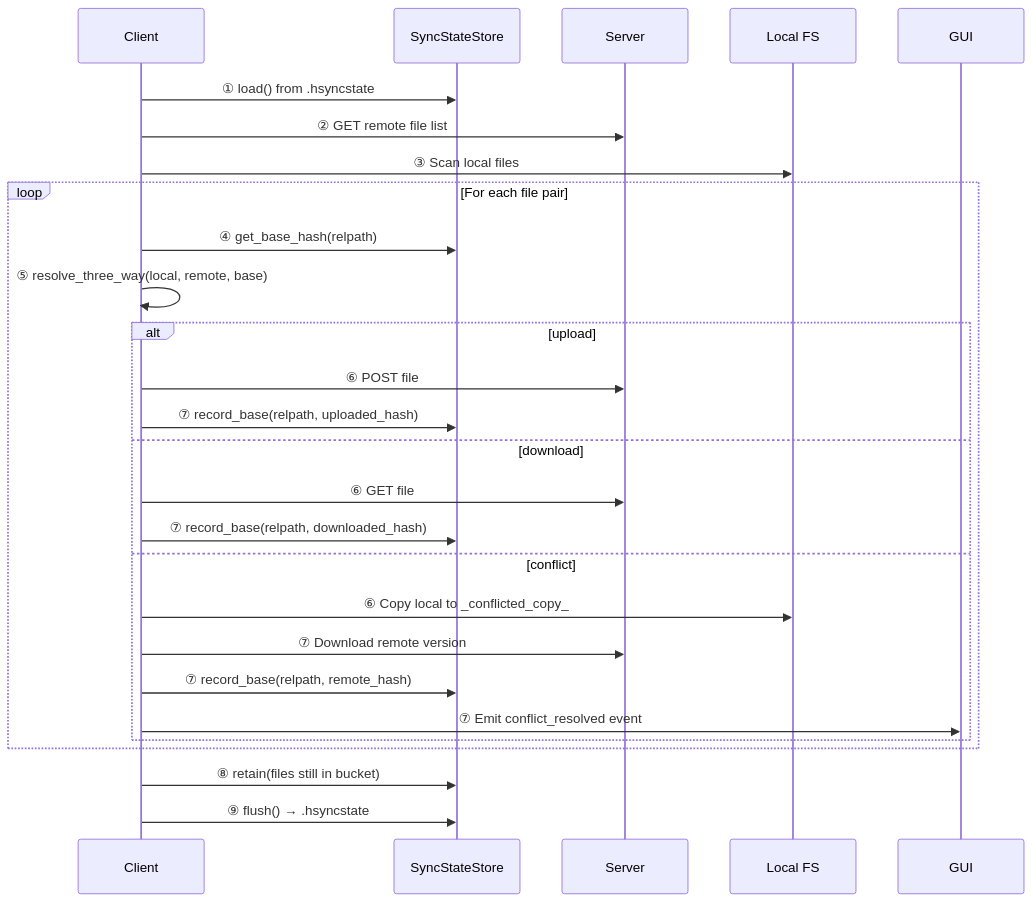
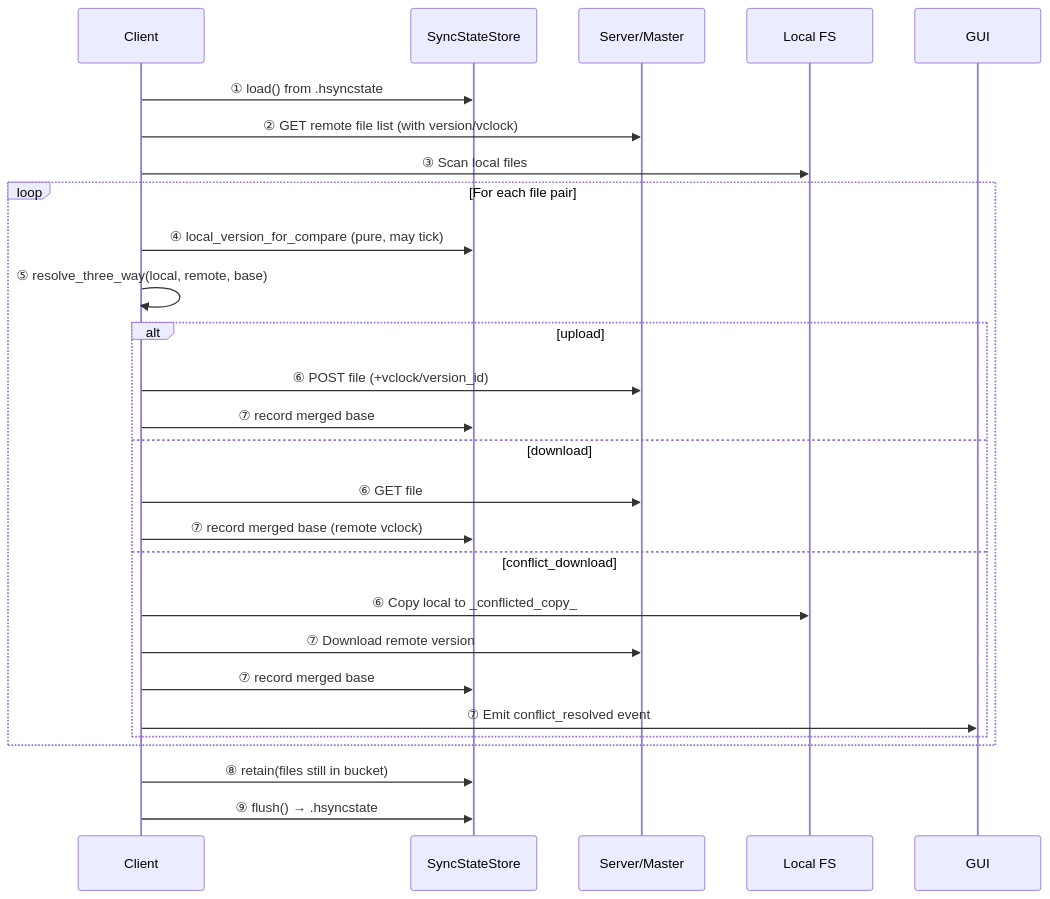
Before and after one commit to albertsdk/hsync-client: the diagram in docs/conflict-resolution.md, drawn with Mermaid. The commit also changed other lines of this file and 38 other files, not shown here.

Commit message:
Implemented Vector Clock conflict resolution and removed master-authoritative method

````diff
--- a/docs/conflict-resolution.md
+++ b/docs/conflict-resolution.md
@@ -134,31 +143,31 @@
 ```mermaid
 sequenceDiagram
     participant C as Client
     participant SS as SyncStateStore
-    participant S as Server
+    participant S as Server/Master
     participant FS as Local FS
 
     C->>SS: ① load() from .hsyncstate
-    C->>S: ② GET remote file list
+    C->>S: ② GET remote file list (with version/vclock)
     C->>FS: ③ Scan local files
 
     loop For each file pair
-        C->>SS: ④ get_base_hash(relpath)
+        C->>SS: ④ local_version_for_compare (pure, may tick)
         C->>C: ⑤ resolve_three_way(local, remote, base)
         alt upload
-            C->>S: ⑥ POST file
-            C->>SS: ⑦ record_base(relpath, uploaded_hash)
+            C->>S: ⑥ POST file (+vclock/version_id)
+            C->>SS: ⑦ record merged base
         else download
             C->>S: ⑥ GET file
-            C->>SS: ⑦ record_base(relpath, downloaded_hash)
-        else conflict
+            C->>SS: ⑦ record merged base (remote vclock)
+        else conflict_download
             C->>FS: ⑥ Copy local to _conflicted_copy_
             C->>S: ⑦ Download remote version
-            C->>SS: ⑦ record_base(relpath, remote_hash)
+            C->>SS: ⑦ record merged base
             C->>GUI: ⑦ Emit conflict_resolved event
         end
     end
 
     C->>SS: ⑧ retain(files still in bucket)
     C->>SS: ⑨ flush() → .hsyncstate
 ```
````
